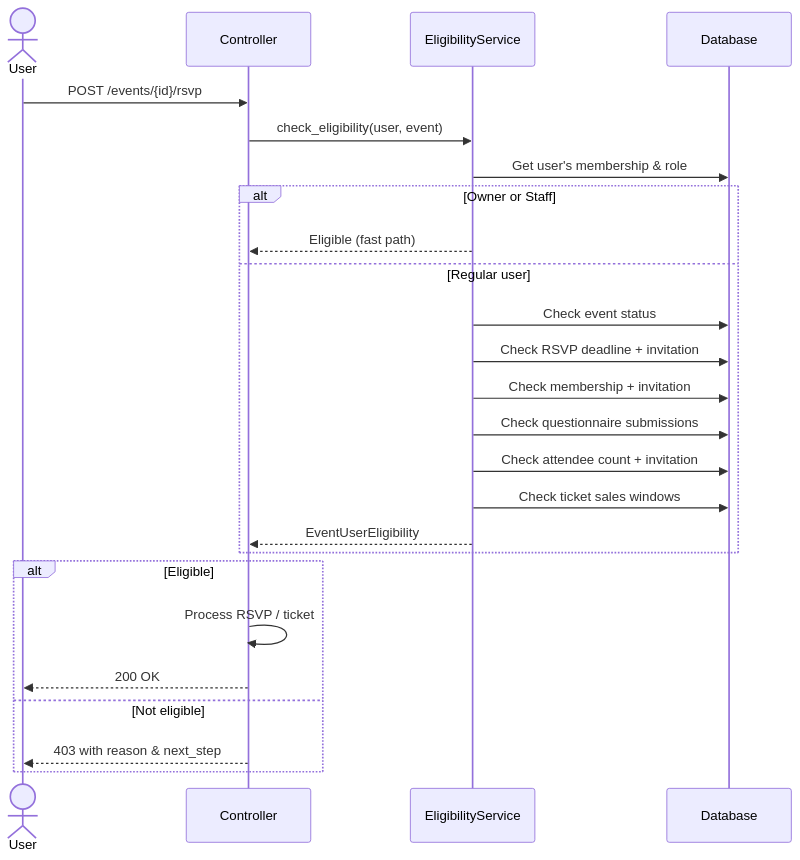
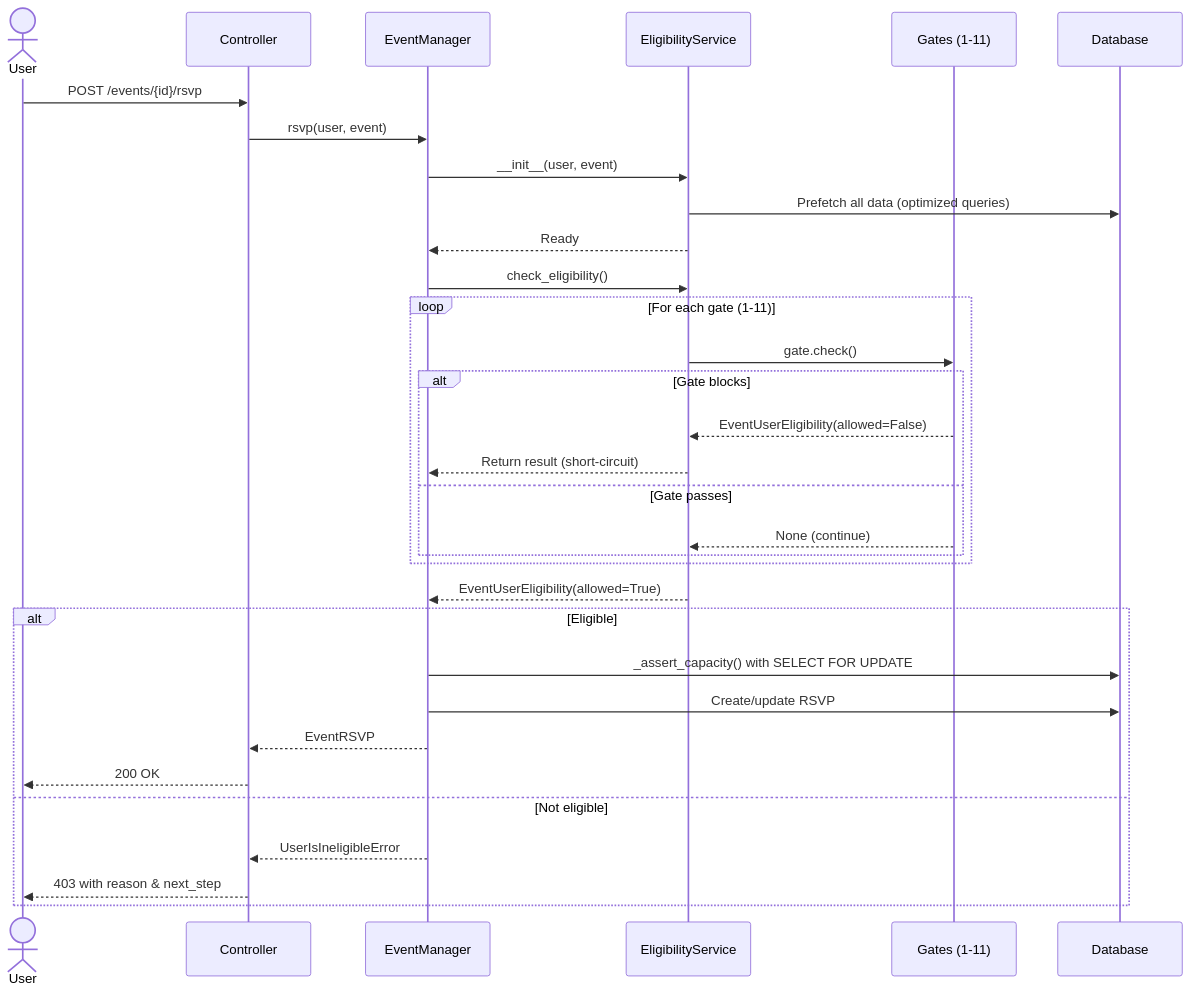
One commit to letsrevel/revel-backend changed the second of 2 diagrams in docs/architecture/eligibility-pipeline.md. Above: the diagram before and after it, drawn with Mermaid. The commit also changed other lines of this file and 38 other files, not shown here.

````diff
--- a/docs/architecture/eligibility-pipeline.md
+++ b/docs/architecture/eligibility-pipeline.md
@@ -183,30 +377,37 @@
 ```mermaid
 sequenceDiagram
     actor User
     participant API as Controller
+    participant EM as EventManager
     participant ES as EligibilityService
+    participant Gates as Gates (1-11)
     participant DB as Database
 
     User->>API: POST /events/{id}/rsvp
-    API->>ES: check_eligibility(user, event)
+    API->>EM: rsvp(user, event)
+    EM->>ES: __init__(user, event)
+    ES->>DB: Prefetch all data (optimized queries)
+    ES-->>EM: Ready
 
-    ES->>DB: Get user's membership & role
-    alt Owner or Staff
-        ES-->>API: Eligible (fast path)
-    else Regular user
-        ES->>DB: Check event status
-        ES->>DB: Check RSVP deadline + invitation
-        ES->>DB: Check membership + invitation
-        ES->>DB: Check questionnaire submissions
-        ES->>DB: Check attendee count + invitation
-        ES->>DB: Check ticket sales windows
-        ES-->>API: EventUserEligibility
+    EM->>ES: check_eligibility()
+    loop For each gate (1-11)
+        ES->>Gates: gate.check()
+        alt Gate blocks
+            Gates-->>ES: EventUserEligibility(allowed=False)
+            ES-->>EM: Return result (short-circuit)
+        else Gate passes
+            Gates-->>ES: None (continue)
+        end
     end
+    ES-->>EM: EventUserEligibility(allowed=True)
 
     alt Eligible
-        API->>API: Process RSVP / ticket
+        EM->>DB: _assert_capacity() with SELECT FOR UPDATE
+        EM->>DB: Create/update RSVP
+        EM-->>API: EventRSVP
         API-->>User: 200 OK
     else Not eligible
+        EM-->>API: UserIsIneligibleError
         API-->>User: 403 with reason & next_step
     end
 ```
````
